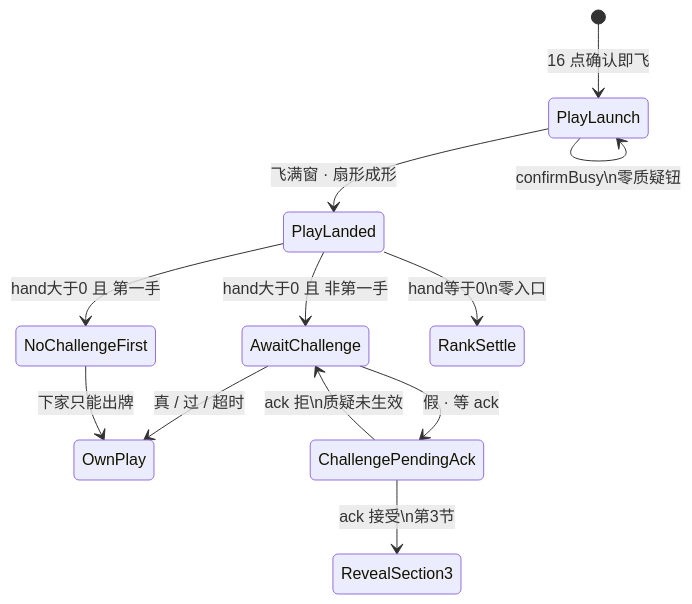
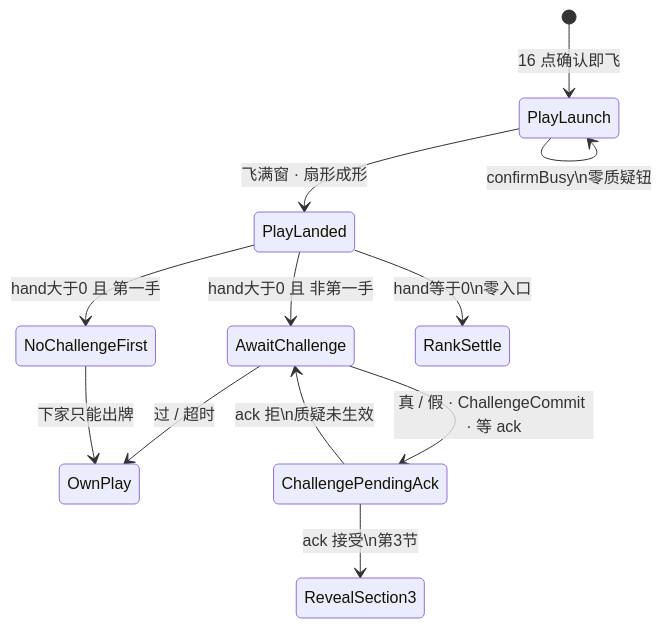
The diagram in docs/04-设计/17-局内质疑入口规格.md (xubin0903/LiarBar), drawn with Mermaid before and after one commit. The commit also changed other lines of this file and 2 other files, not shown here.

First line of the commit message:
docs(ui): 17 v0.1.1 真≠过（真/假都走 ChallengeCommit） (#147)

````diff
--- a/docs/04-设计/17-局内质疑入口规格.md
+++ b/docs/04-设计/17-局内质疑入口规格.md
@@ -82,14 +83,14 @@
 ```mermaid
 stateDiagram-v2
   [*] --> PlayLaunch: 16 点确认即飞
   PlayLaunch --> PlayLanded: 飞满窗 · 扇形成形
   PlayLaunch --> PlayLaunch: confirmBusy\n零质疑钮
   PlayLanded --> AwaitChallenge: hand大于0 且 非第一手
   PlayLanded --> NoChallengeFirst: hand大于0 且 第一手
   PlayLanded --> RankSettle: hand等于0\n零入口
-  AwaitChallenge --> OwnPlay: 真 / 过 / 超时
-  AwaitChallenge --> ChallengePendingAck: 假 · 等 ack
+  AwaitChallenge --> OwnPlay: 过 / 超时
+  AwaitChallenge --> ChallengePendingAck: 真 / 假 · ChallengeCommit · 等 ack
   ChallengePendingAck --> RevealSection3: ack 接受\n第3节
   ChallengePendingAck --> AwaitChallenge: ack 拒\n质疑未生效
   NoChallengeFirst --> OwnPlay: 下家只能出牌
 ```
````
